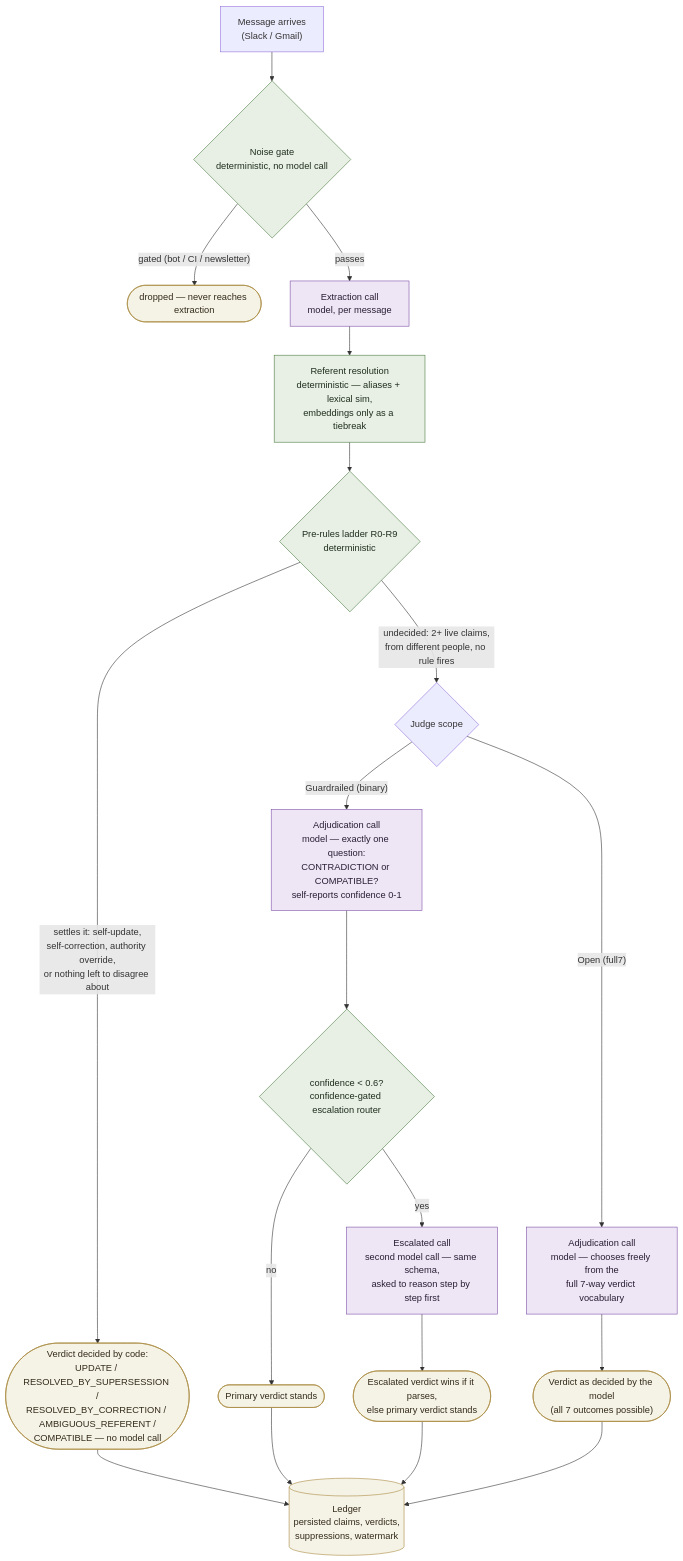
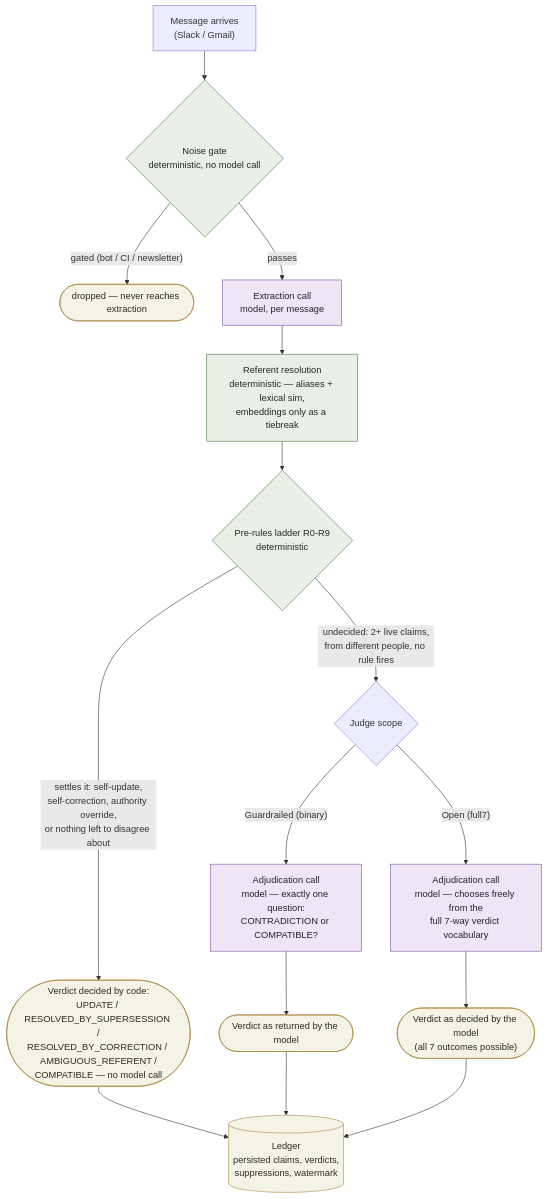
The diagram in public/diagrams/routing-diagram.mmd (kavyabarnadhya/shared-truth-ledger), drawn with Mermaid before and after one commit. The commit also changed 54 other files, not shown here.

```diff
--- a/public/diagrams/routing-diagram.mmd
+++ b/public/diagrams/routing-diagram.mmd
@@ -1,32 +1,27 @@
 flowchart TD
     A["Message arrives\n(Slack / Gmail)"] --> B{"Noise gate\ndeterministic, no model call"}
     B -- "gated (bot / CI / newsletter)" --> Z1(["dropped — never reaches extraction"])
     B -- "passes" --> C["Extraction call\nmodel, per message"]
     C --> D["Referent resolution\ndeterministic — aliases + lexical sim,\nembeddings only as a tiebreak"]
     D --> E{"Pre-rules ladder R0-R9\ndeterministic"}
 
     E -- "settles it: self-update,\nself-correction, authority override,\nor nothing left to disagree about" --> F(["Verdict decided by code:\nUPDATE / RESOLVED_BY_SUPERSESSION /\nRESOLVED_BY_CORRECTION / AMBIGUOUS_REFERENT /\nCOMPATIBLE — no model call"])
 
     E -- "undecided: 2+ live claims,\nfrom different people, no rule fires" --> G{"Judge scope"}
 
-    G -- "Guardrailed (binary)" --> H["Adjudication call\nmodel — exactly one question:\nCONTRADICTION or COMPATIBLE?\nself-reports confidence 0-1"]
+    G -- "Guardrailed (binary)" --> H["Adjudication call\nmodel — exactly one question:\nCONTRADICTION or COMPATIBLE?"]
     G -- "Open (full7)" --> I["Adjudication call\nmodel — chooses freely from the\nfull 7-way verdict vocabulary"]
 
-    H --> J{"confidence < 0.6?\nconfidence-gated escalation router"}
-    J -- "no" --> K(["Primary verdict stands"])
-    J -- "yes" --> L["Escalated call\nsecond model call — same schema,\nasked to reason step by step first"]
-    L --> M(["Escalated verdict wins if it parses,\nelse primary verdict stands"])
-
+    H --> K(["Verdict as returned by the model"])
     I --> N(["Verdict as decided by the model\n(all 7 outcomes possible)"])
 
     F --> O[("Ledger\npersisted claims, verdicts,\nsuppressions, watermark")]
     K --> O
-    M --> O
     N --> O
 
     classDef deterministic fill:#e8f0e6,stroke:#4a7a3f,color:#1f2d1c;
     classDef model fill:#eee6f5,stroke:#7c4fa8,color:#2a1f36;
     classDef terminal fill:#f5f2e6,stroke:#a88a3f,color:#332b1a;
-    class B,D,E,J deterministic;
-    class C,H,I,L model;
-    class Z1,F,K,M,N,O terminal;
+    class B,D,E deterministic;
+    class C,H,I model;
+    class Z1,F,K,N,O terminal;
```
